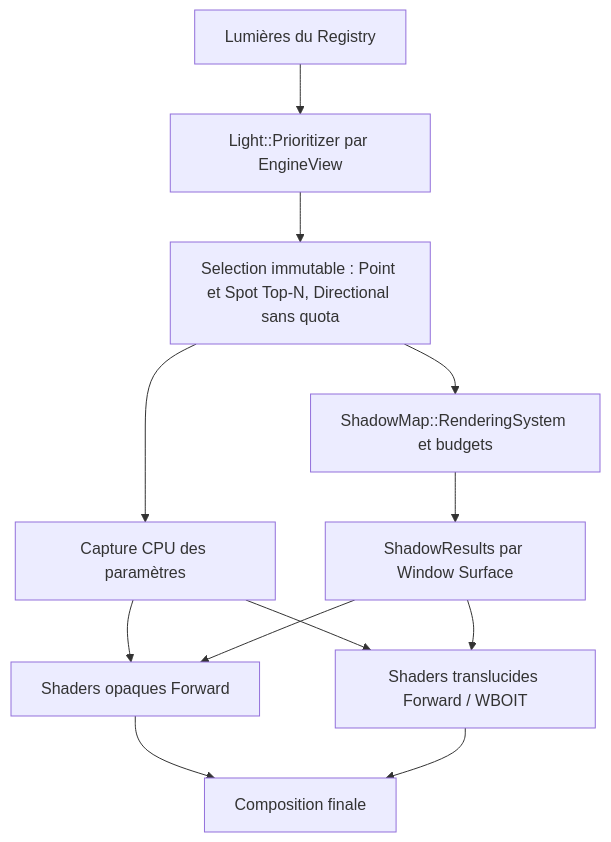
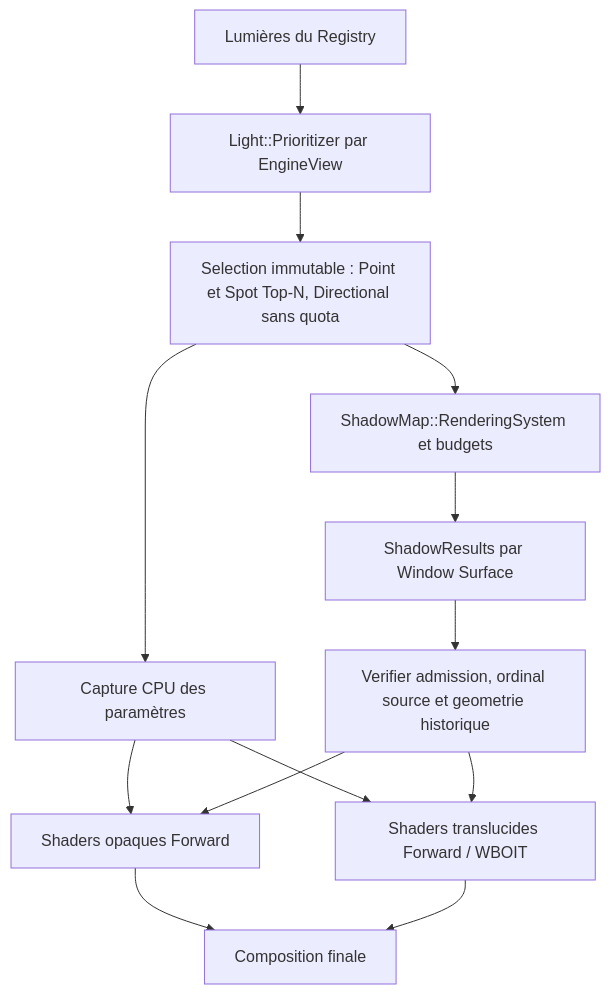
Before and after one commit to EreliaStudio/Sparkle: the first of 3 diagrams in docs/voxel-engine-v0.1.4/09-pipeline-gpu-transparence.md, drawn with Mermaid. The commit also changed other lines of this file, not shown here.

````diff
--- a/docs/voxel-engine-v0.1.4/09-pipeline-gpu-transparence.md
+++ b/docs/voxel-engine-v0.1.4/09-pipeline-gpu-transparence.md
@@ -37,14 +37,15 @@
 ```mermaid
 flowchart TD
   L["Lumières du Registry"] --> P["Light::Prioritizer par EngineView"]
   P --> S["Selection immutable : Point et Spot Top-N, Directional sans quota"]
   S --> C["Capture CPU des paramètres"]
   C --> O["Shaders opaques Forward"]
   C --> W["Shaders translucides Forward / WBOIT"]
   S --> SH["ShadowMap::RenderingSystem et budgets"]
   SH --> R["ShadowResults par Window Surface"]
-  R --> O
-  R --> W
+  R --> G["Verifier admission, ordinal source et geometrie historique"]
+  G --> O
+  G --> W
   O --> F["Composition finale"]
   W --> F
 ```
````
